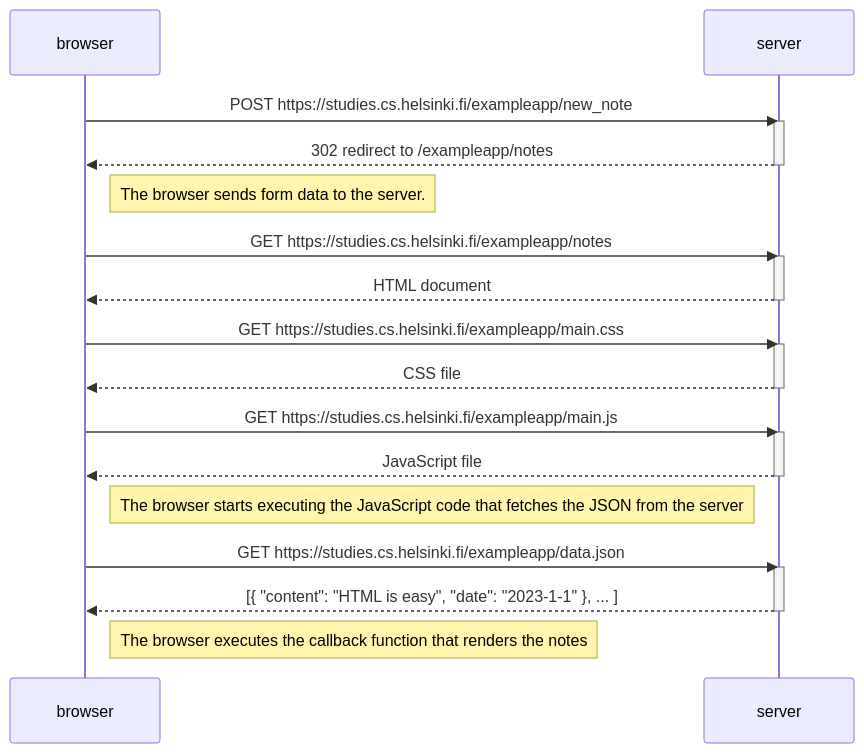
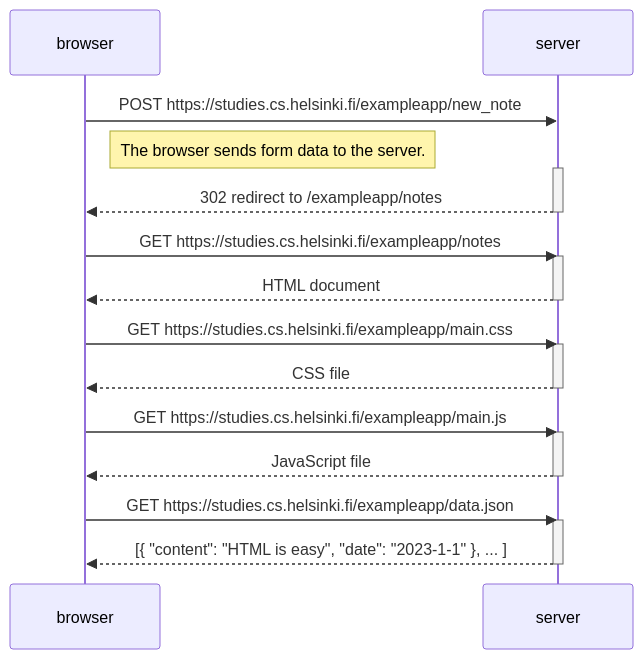
One commit to korhj/FullStackOpen changed the diagram in part0/04.md. Above: the diagram before and after it, drawn with Mermaid.

Commit message:
exercise 0.4 update

````diff
--- a/part0/04.md
+++ b/part0/04.md
@@ -1,36 +1,35 @@
 ```mermaid
 sequenceDiagram
     participant browser
     participant server
     
     browser->>server: POST https://studies.cs.helsinki.fi/exampleapp/new_note
+    Note right of browser: The browser sends form data to the server.
     activate server
     server-->>browser: 302 redirect to /exampleapp/notes
     deactivate server
 
-    Note right of browser: The browser sends form data to the server.
+    
     
     browser->>server: GET https://studies.cs.helsinki.fi/exampleapp/notes
     activate server
     server-->>browser: HTML document
     deactivate server
     
     browser->>server: GET https://studies.cs.helsinki.fi/exampleapp/main.css
     activate server
     server-->>browser: CSS file
     deactivate server
     
     browser->>server: GET https://studies.cs.helsinki.fi/exampleapp/main.js
     activate server
     server-->>browser: JavaScript file
     deactivate server
     
-    Note right of browser: The browser starts executing the JavaScript code that fetches the JSON from the server
     
     browser->>server: GET https://studies.cs.helsinki.fi/exampleapp/data.json
     activate server
     server-->>browser: [{ "content": "HTML is easy", "date": "2023-1-1" }, ... ]
     deactivate server    
 
-    Note right of browser: The browser executes the callback function that renders the notes 
 ```
````
